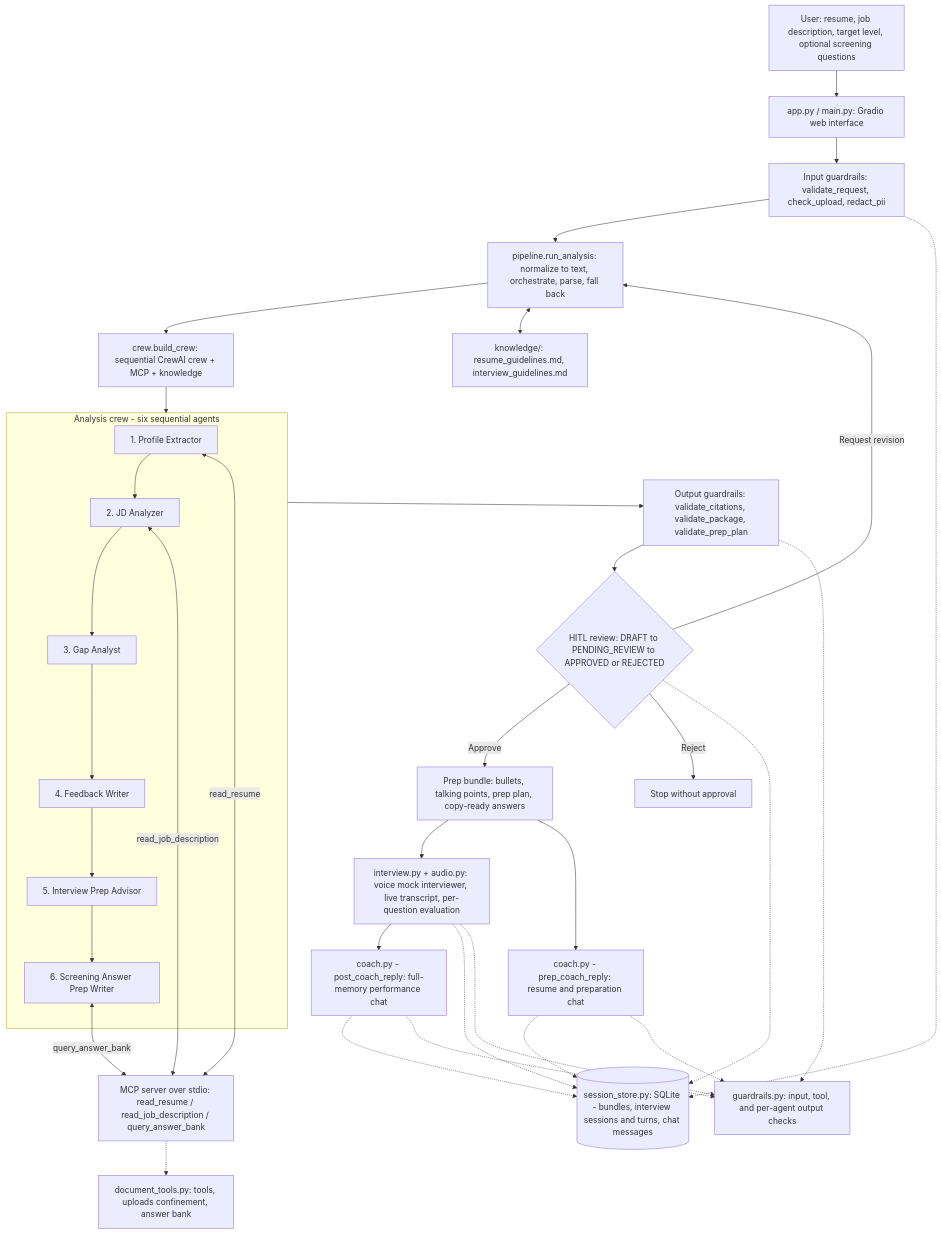
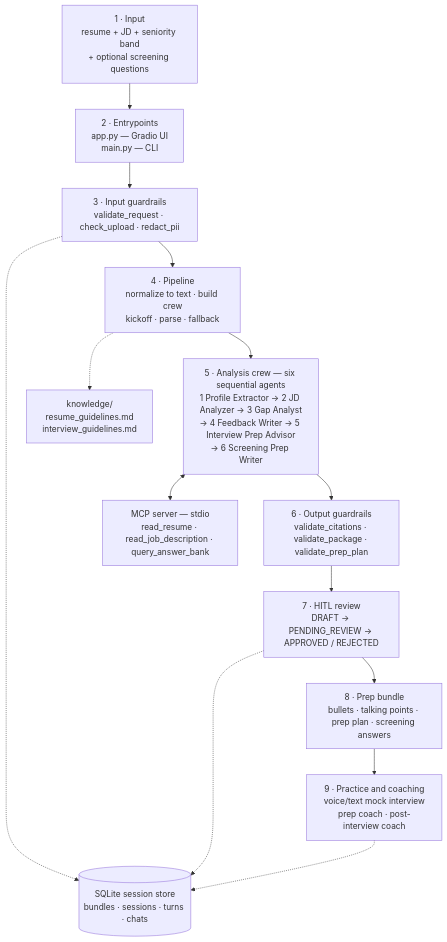
One commit to helenapedro/careercrew changed the first of 3 diagrams in ARCHITECTURE.md. Above: the diagram before and after it, drawn with Mermaid. The commit also changed other lines of this file and 1 other file, not shown here.

First line of the commit message:
docs: single-responsibility ARCHITECTURE.md with numbered diagrams

````diff
--- a/ARCHITECTURE.md
+++ b/ARCHITECTURE.md
@@ -19,43 +27,20 @@
 ```mermaid
 flowchart TD
-    U[User: resume, job description, target level, optional screening questions] --> UI[app.py / main.py: Gradio web interface]
-    UI --> IG[Input guardrails: validate_request, check_upload, redact_pii]
-    IG --> PL[pipeline.run_analysis: normalize to text, orchestrate, parse, fall back]
-    PL --> CR[crew.build_crew: sequential CrewAI crew + MCP + knowledge]
+    S1["1 · Input<br/>resume + JD + seniority band<br/>+ optional screening questions"]
+    S2["2 · Entrypoints<br/>app.py — Gradio UI<br/>main.py — CLI"]
+    S3["3 · Input guardrails<br/>validate_request · check_upload · redact_pii"]
+    S4["4 · Pipeline<br/>normalize to text · build crew<br/>kickoff · parse · fallback"]
+    S5["5 · Analysis crew — six sequential agents<br/>1 Profile Extractor → 2 JD Analyzer → 3 Gap Analyst<br/>→ 4 Feedback Writer → 5 Interview Prep Advisor<br/>→ 6 Screening Prep Writer"]
+    S6["6 · Output guardrails<br/>validate_citations · validate_package · validate_prep_plan"]
+    S7["7 · HITL review<br/>DRAFT → PENDING_REVIEW → APPROVED / REJECTED"]
+    S8["8 · Prep bundle<br/>bullets · talking points · prep plan · screening answers"]
+    S9["9 · Practice and coaching<br/>voice/text mock interview<br/>prep coach · post-interview coach"]
 
-    subgraph CREW [Analysis crew - six sequential agents]
-        A1[1. Profile Extractor] --> A2[2. JD Analyzer]
-        A2 --> A3[3. Gap Analyst]
-        A3 --> A4[4. Feedback Writer]
-        A4 --> A5[5. Interview Prep Advisor]
-        A5 --> A6[6. Screening Answer Prep Writer]
-    end
+    S1 --> S2 --> S3 --> S4 --> S5 --> S6 --> S7 --> S8 --> S9
 
-    CR --> CREW
-    A1 <-->|read_resume| MCP[MCP server over stdio: read_resume / read_job_description / query_answer_bank]
-    A2 <-->|read_job_description| MCP
-    A6 <-->|query_answer_bank| MCP
-    MCP -.-> DT[document_tools.py: tools, uploads confinement, answer bank]
-
-    CREW --> OG[Output guardrails: validate_citations, validate_package, validate_prep_plan]
-    OG --> HITL{HITL review: DRAFT to PENDING_REVIEW to APPROVED or REJECTED}
-    HITL -->|Approve| BUNDLE[Prep bundle: bullets, talking points, prep plan, copy-ready answers]
-    HITL -->|Request revision| PL
-    HITL -->|Reject| STOP[Stop without approval]
-
-    BUNDLE --> MI[interview.py + audio.py: voice mock interviewer, live transcript, per-question evaluation]
-    BUNDLE --> C1[coach.py - prep_coach_reply: resume and preparation chat]
-    MI --> C2[coach.py - post_coach_reply: full-memory performance chat]
-
-    IG -.-> SS[(session_store.py: SQLite - bundles, interview sessions and turns, chat messages)]
-    HITL -.-> SS
-    MI -.-> SS
-    C1 -.-> SS
-    C2 -.-> SS
-
-    PL <--> K[knowledge/: resume_guidelines.md, interview_guidelines.md]
-    OG -.-> G[guardrails.py: input, tool, and per-agent output checks]
-    MI -.-> G
-    C1 -.-> G
-    C2 -.-> G
+    S5 <--> MCP["MCP server — stdio<br/>read_resume · read_job_description · query_answer_bank"]
+    S4 -.-> K["knowledge/<br/>resume_guidelines.md<br/>interview_guidelines.md"]
+    S3 -.-> DB[("SQLite session store<br/>bundles · sessions · turns · chats")]
+    S7 -.-> DB
+    S9 -.-> DB
 ```
````
